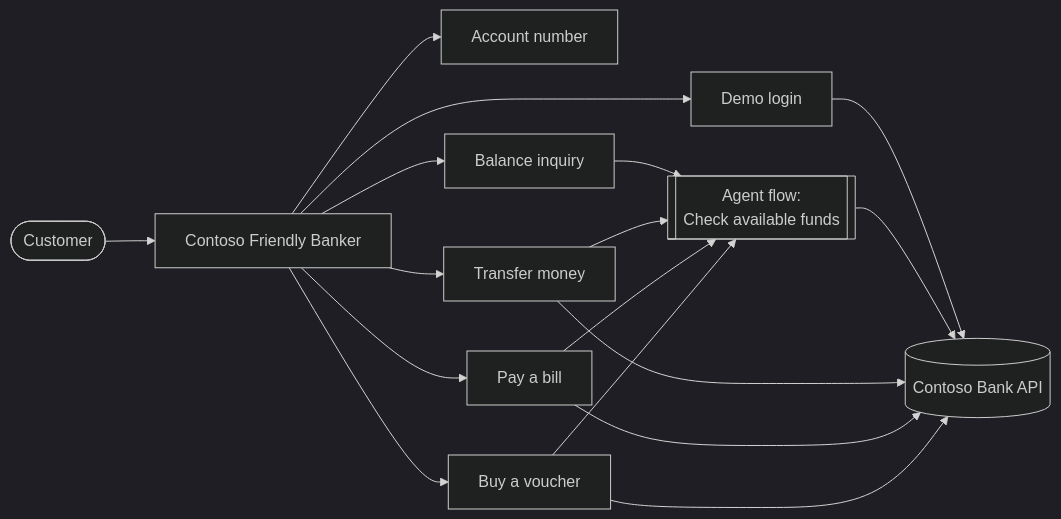
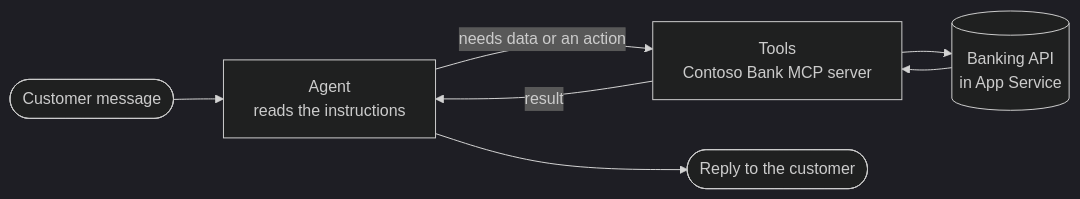
One commit to CSDSkilling/asia-learning-hub changed the diagram in industry/FSI/Copilot-Studio/Contoso Banking Backend/lab/02-create-agent.md. Above: the diagram before and after it, drawn with Mermaid (dark theme). The commit also changed other lines of this file and 12 other files, not shown here.

````diff
--- a/industry/FSI/Copilot-Studio/Contoso Banking Backend/lab/02-create-agent.md
+++ b/industry/FSI/Copilot-Studio/Contoso Banking Backend/lab/02-create-agent.md
@@ -108,19 +20,9 @@
 ```mermaid
 flowchart LR
-  U([Customer]) --> A[Contoso Friendly Banker]
-  A --> L[Demo login]
-  A --> N[Account number]
-  A --> B[Balance inquiry]
-  A --> T[Transfer money]
-  A --> P[Pay a bill]
-  A --> V[Buy a voucher]
-  B --> F[[Agent flow:<br/>Check available funds]]
-  T --> F
-  P --> F
-  V --> F
-  L --> API[(Contoso Bank API)]
-  F --> API
-  T --> API
-  P --> API
-  V --> API
+  C([Customer message]) --> A[Agent<br/>reads the instructions]
+  A -->|needs data or an action| T[Tools<br/>Contoso Bank MCP server]
+  T --> API[(Banking API<br/>in App Service)]
+  API --> T
+  T -->|result| A
+  A --> R([Reply to the customer])
 ```
````
